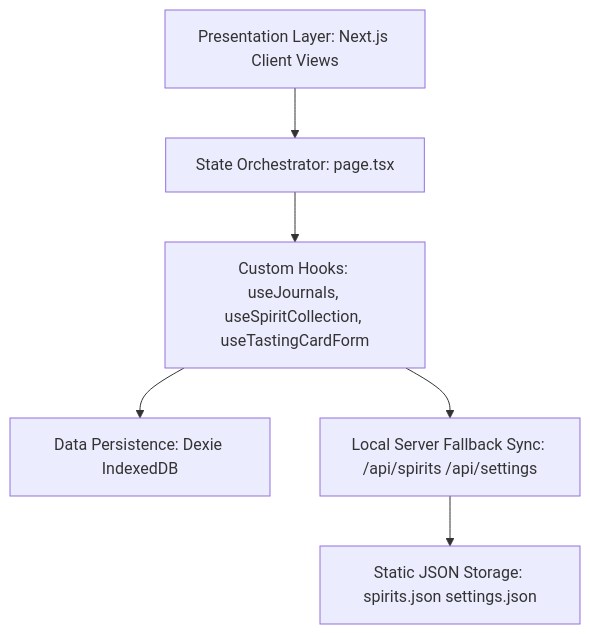
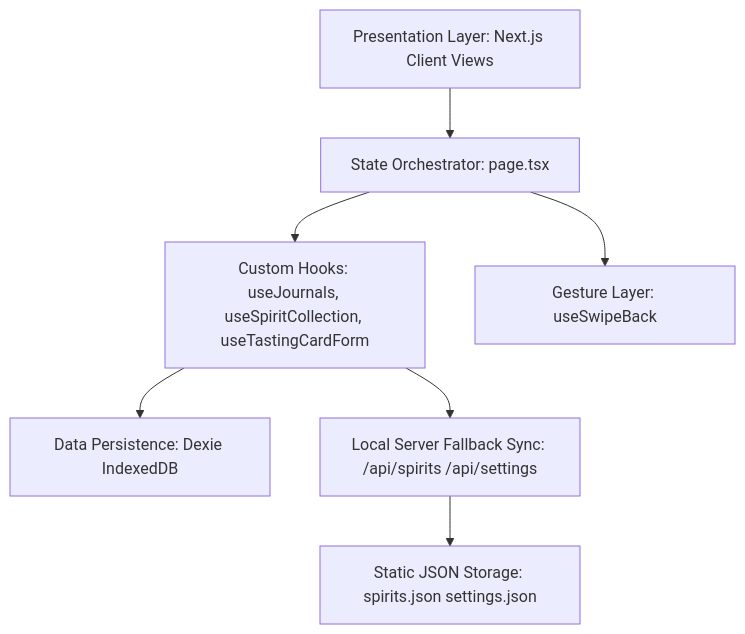
Before and after one commit to moujou/aquavitaeum: the diagram in docs/ARCHITECTURE.md, drawn with Mermaid. The commit also changed other lines of this file and 55 other files, not shown here.

````diff
--- a/docs/ARCHITECTURE.md
+++ b/docs/ARCHITECTURE.md
@@ -11,8 +11,9 @@
 ```mermaid
 graph TD
   A[Presentation Layer: Next.js Client Views] --> B[State Orchestrator: page.tsx]
   B --> C[Custom Hooks: useJournals, useSpiritCollection, useTastingCardForm]
+  B --> G[Gesture Layer: useSwipeBack]
   C --> D[Data Persistence: Dexie IndexedDB]
   C --> E[Local Server Fallback Sync: /api/spirits /api/settings]
   E --> F[Static JSON Storage: spirits.json settings.json]
 ```
````
